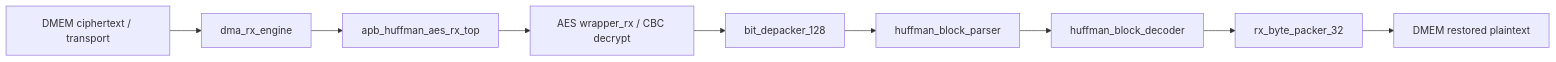
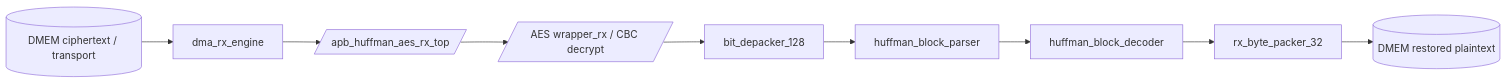
One commit to ngoquocan139/AES_huffman_all6 changed the third of 6 diagrams in docs/29_defense_qa_code_focus_spec.md. Above: the diagram before and after it, drawn with Mermaid. The commit also changed other lines of this file and 28 other files, not shown here.

````diff
--- a/docs/29_defense_qa_code_focus_spec.md
+++ b/docs/29_defense_qa_code_focus_spec.md
@@ -82,11 +82,11 @@
 ```mermaid
 flowchart LR
-    SRC["DMEM ciphertext / transport"] --> RXDMA["dma_rx_engine"]
-    RXDMA --> RXAPB["apb_huffman_aes_rx_top"]
-    RXAPB --> AESW["AES wrapper_rx / CBC decrypt"]
+    SRC[("DMEM ciphertext / transport")] --> RXDMA["dma_rx_engine"]
+    RXDMA --> RXAPB[/"apb_huffman_aes_rx_top"/]
+    RXAPB --> AESW[/"AES wrapper_rx / CBC decrypt"/]
     AESW --> DEPACK["bit_depacker_128"]
     DEPACK --> PARSER["huffman_block_parser"]
     PARSER --> DEC["huffman_block_decoder"]
     DEC --> PACK32["rx_byte_packer_32"]
-    PACK32 --> DST["DMEM restored plaintext"]
+    PACK32 --> DST[("DMEM restored plaintext")]
 ```
````
